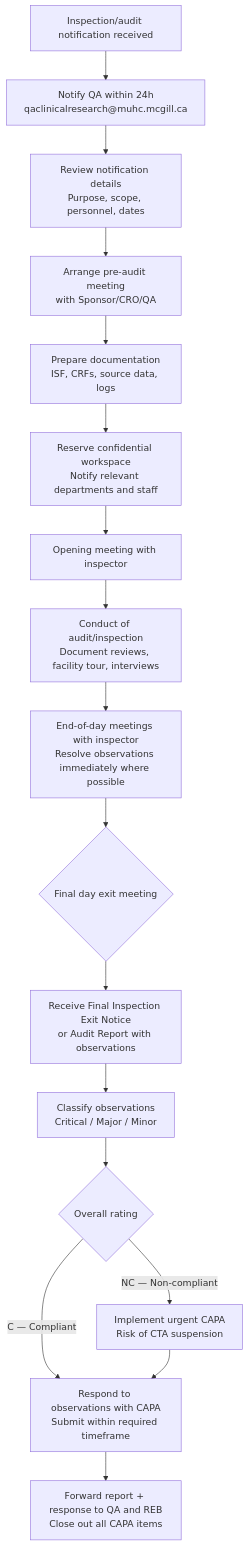
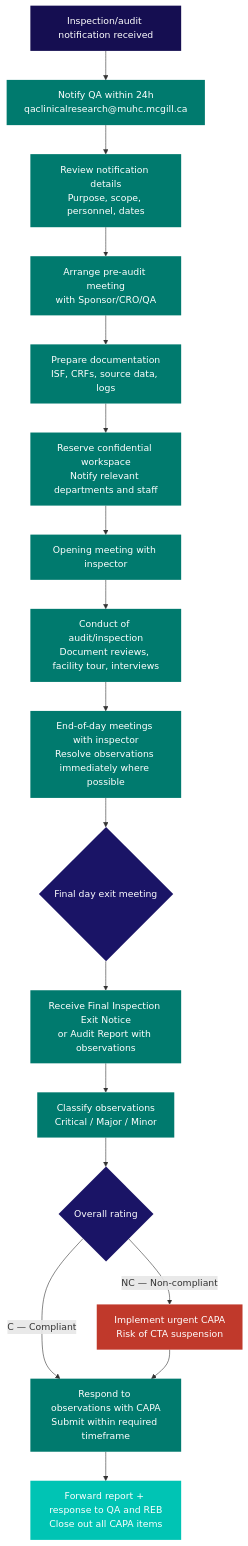
One commit to matthewfiorentino/docs changed the diagram in sops/cr-017.mdx. Above: the diagram before and after it, drawn with Mermaid. The commit also changed 14 other files, not shown here.

````diff
--- a/sops/cr-017.mdx
+++ b/sops/cr-017.mdx
@@ -47,19 +47,36 @@
 ```mermaid
 flowchart TD
     A[Inspection/audit notification received] --> B[Notify QA within 24h\nqaclinicalresearch@muhc.mcgill.ca]
     B --> C[Review notification details\nPurpose, scope, personnel, dates]
     C --> D[Arrange pre-audit meeting\nwith Sponsor/CRO/QA]
     D --> E[Prepare documentation\nISF, CRFs, source data, logs]
     E --> F[Reserve confidential workspace\nNotify relevant departments and staff]
     F --> G[Opening meeting with inspector]
     G --> H[Conduct of audit/inspection\nDocument reviews, facility tour, interviews]
     H --> I[End-of-day meetings with inspector\nResolve observations immediately where possible]
     I --> J{Final day exit meeting}
     J --> K[Receive Final Inspection Exit Notice\nor Audit Report with observations]
     K --> L[Classify observations\nCritical / Major / Minor]
     L --> M{Overall rating}
     M -->|C — Compliant| N[Respond to observations with CAPA\nSubmit within required timeframe]
     M -->|NC — Non-compliant| O[Implement urgent CAPA\nRisk of CTA suspension]
     O --> N
     N --> P[Forward report + response to QA and REB\nClose out all CAPA items]
+
+    style A fill:#150e51,color:#fff,stroke:none
+    style B fill:#007a6e,color:#fff,stroke:none
+    style C fill:#007a6e,color:#fff,stroke:none
+    style D fill:#007a6e,color:#fff,stroke:none
+    style E fill:#007a6e,color:#fff,stroke:none
+    style F fill:#007a6e,color:#fff,stroke:none
+    style G fill:#007a6e,color:#fff,stroke:none
+    style H fill:#007a6e,color:#fff,stroke:none
+    style I fill:#007a6e,color:#fff,stroke:none
+    style J fill:#1a1466,color:#fff,stroke:none
+    style K fill:#007a6e,color:#fff,stroke:none
+    style L fill:#007a6e,color:#fff,stroke:none
+    style M fill:#1a1466,color:#fff,stroke:none
+    style N fill:#007a6e,color:#fff,stroke:none
+    style O fill:#c0392b,color:#fff,stroke:none
+    style P fill:#00c4b4,color:#fff,stroke:none
 ```
````
